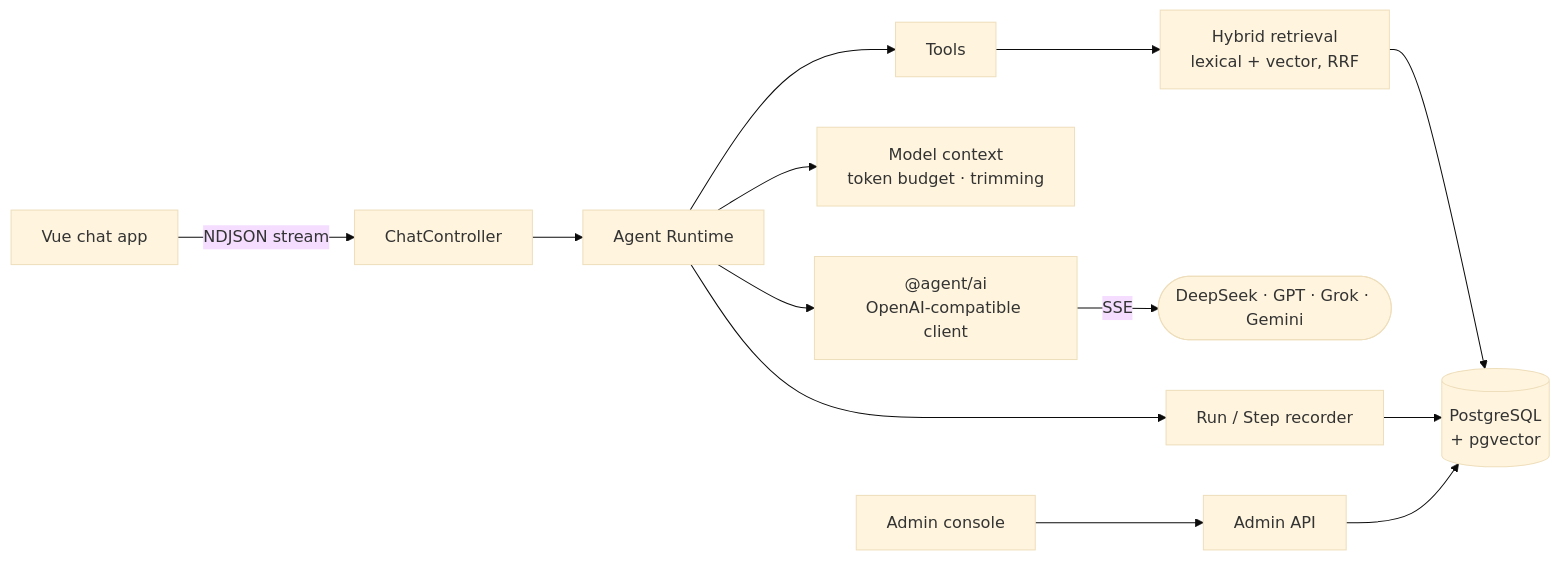
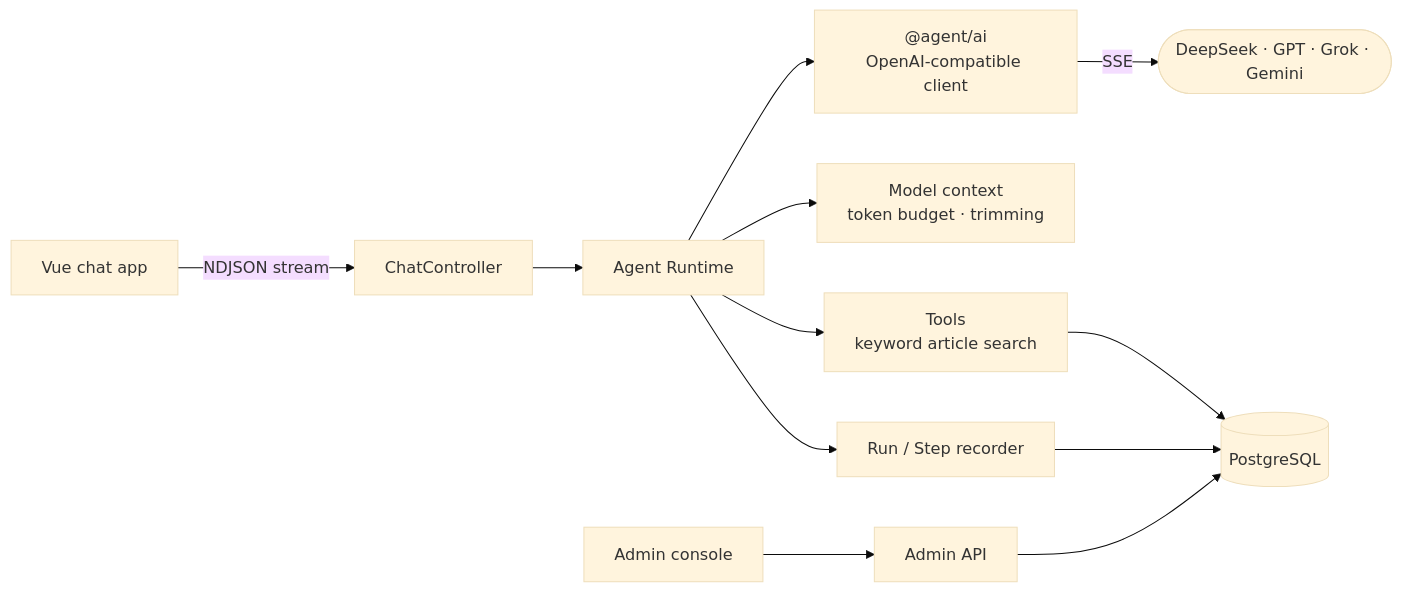
Before and after one commit to mufeiyu-ayu/agent: the diagram in README.md, drawn with Mermaid (base theme). The commit also changed other lines of this file and 52 other files, not shown here.

First line of the commit message:
refactor: #187 删除检索、索引与 embedding 孤儿代码，search_articles 查询收回 tools（RAG 清理第 2 步）

````diff
--- a/README.md
+++ b/README.md
@@ -93,13 +93,12 @@
 ```mermaid
 flowchart LR
     Web[Vue chat app] -->|NDJSON stream| API[ChatController]
     Admin[Admin console] --> AdminAPI[Admin API]
     API --> Runtime[Agent Runtime]
     Runtime --> Context[Model context<br/>token budget · trimming]
     Runtime --> LLM["@agent/ai<br/>OpenAI-compatible client"]
     LLM -->|SSE| Providers([DeepSeek · GPT · Grok · Gemini])
-    Runtime --> Tools[Tools] --> Retrieval[Hybrid retrieval<br/>lexical + vector, RRF]
-    Retrieval --> DB[(PostgreSQL<br/>+ pgvector)]
+    Runtime --> Tools[Tools<br/>keyword article search] --> DB[(PostgreSQL)]
     Runtime --> Recorder[Run / Step recorder] --> DB
     AdminAPI --> DB
 ```
````
